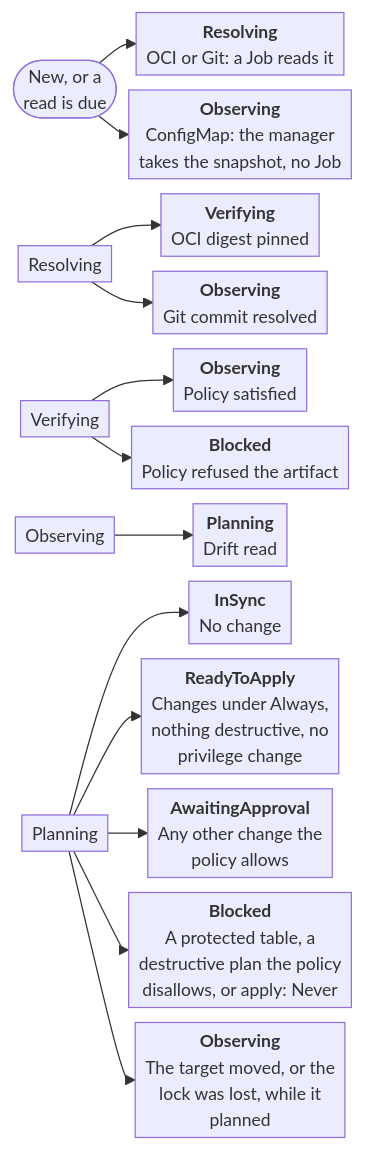
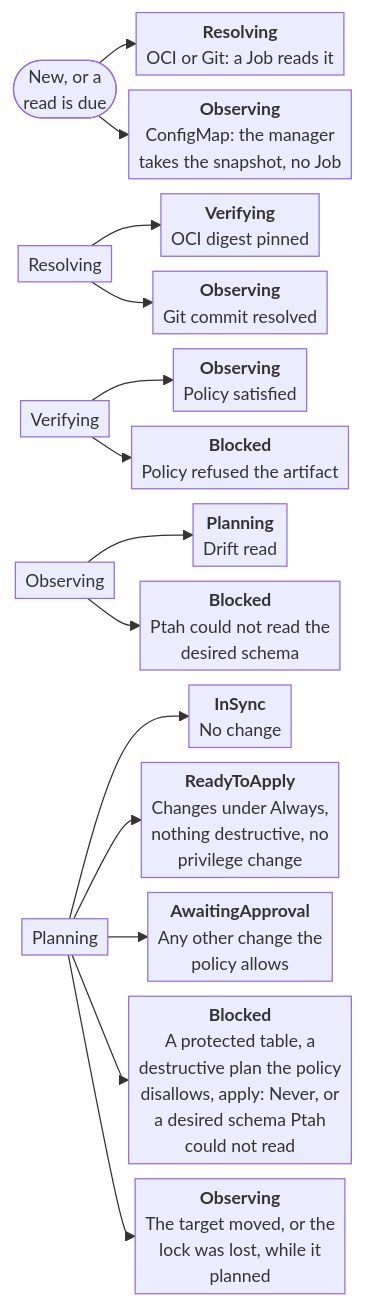
The third of 8 diagrams in docs/site/src/content/docs/reference/reconciliation.md (stokaro/ptah-operator), drawn with Mermaid before and after one commit. The commit also changed other lines of this file and 31 other files, not shown here.

````diff
--- a/docs/site/src/content/docs/reference/reconciliation.md
+++ b/docs/site/src/content/docs/reference/reconciliation.md
@@ -186,35 +190,36 @@
 ```mermaid
 ---
 config:
   look: classic
   themeVariables:
     fontSize: 14px
   flowchart:
     wrappingWidth: 260
     nodeSpacing: 12
     rankSpacing: 10
     padding: 4
     diagramPadding: 6
 ---
 flowchart LR
   %% status.phase
   accTitle: A schema's phases from its source to a plan's verdict
   accDescr: Resolving, Verifying, Observing and Planning lead to InSync, ReadyToApply, AwaitingApproval or Blocked. Each box on the right names the next phase and what moves the resource there.
   due(["New, or a<br/>read is due"])
   resolving["Resolving"]
   verifying["Verifying"]
   observing["Observing"]
   planning["Planning"]
   due --> dueOci["<b>Resolving</b><br/>OCI or Git: a Job reads it"]
   due --> dueConfigMap["<b>Observing</b><br/>ConfigMap: the manager<br/>takes the snapshot, no Job"]
   resolving --> resolvedOci["<b>Verifying</b><br/>OCI digest pinned"]
   resolving --> resolvedGit["<b>Observing</b><br/>Git commit resolved"]
   verifying --> verified["<b>Observing</b><br/>Policy satisfied"]
   verifying --> refused["<b>Blocked</b><br/>Policy refused the artifact"]
   observing --> observed["<b>Planning</b><br/>Drift read"]
+  observing --> unreadable["<b>Blocked</b><br/>Ptah could not read the<br/>desired schema"]
   planning --> noChange["<b>InSync</b><br/>No change"]
   planning --> automatic["<b>ReadyToApply</b><br/>Changes under Always,<br/>nothing destructive, no<br/>privilege change"]
   planning --> needsApproval["<b>AwaitingApproval</b><br/>Any other change the<br/>policy allows"]
-  planning --> planRefused["<b>Blocked</b><br/>A protected table, a<br/>destructive plan the policy<br/>disallows, or apply: Never"]
+  planning --> planRefused["<b>Blocked</b><br/>A protected table, a<br/>destructive plan the policy<br/>disallows, apply: Never, or<br/>a desired schema Ptah<br/>could not read"]
   planning --> replans["<b>Observing</b><br/>The target moved, or the<br/>lock was lost, while it<br/>planned"]
 ```
````
